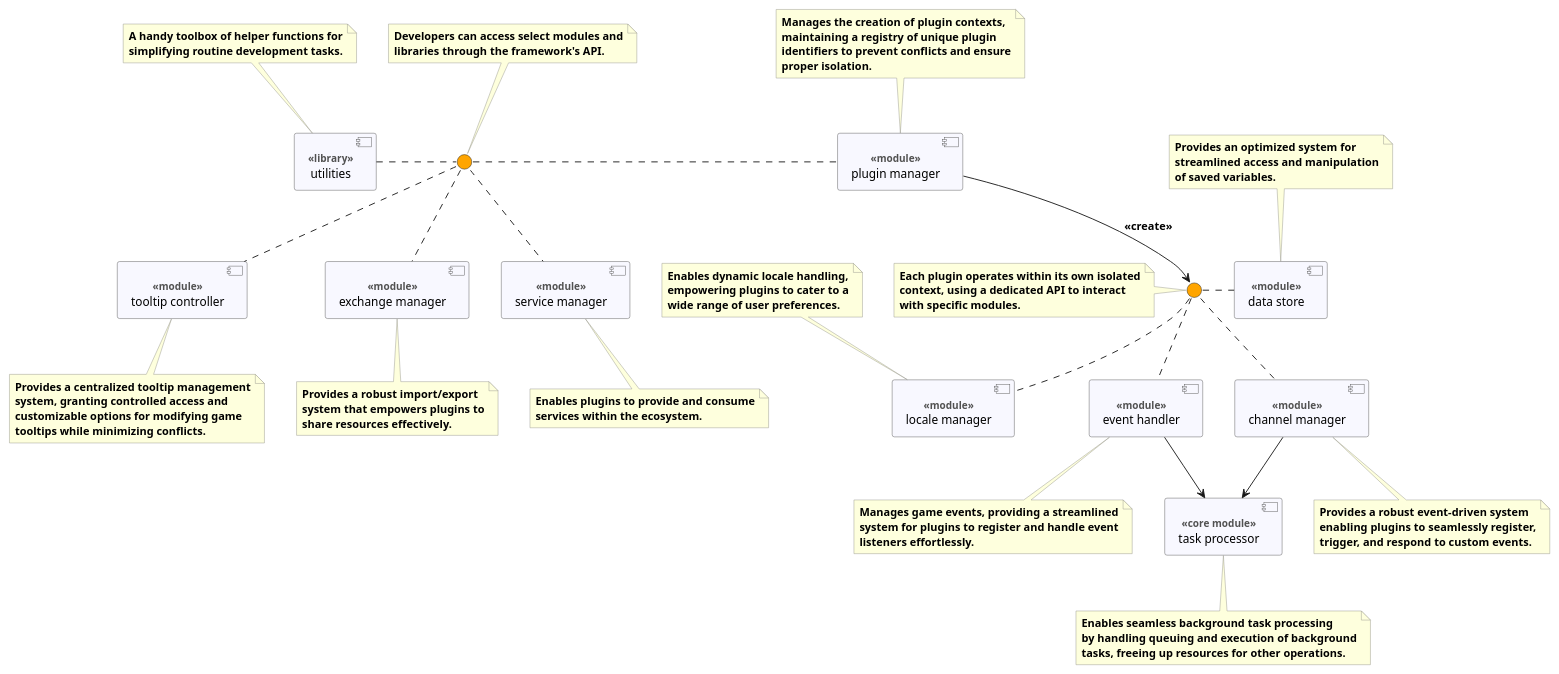
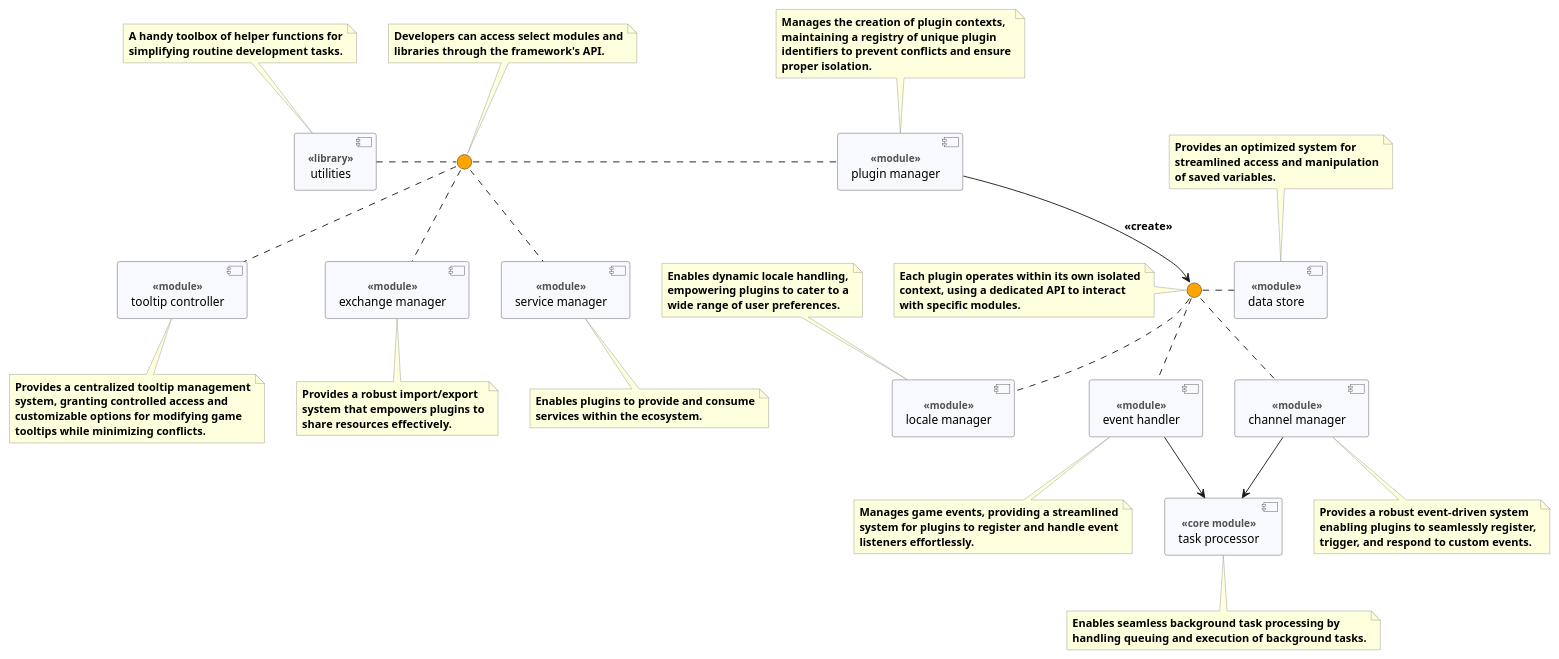
One commit to erik-riklund/wow changed the diagram in Cogspinner/_dev/versions/1.0/structure.puml. Above: the diagram before and after it, drawn with PlantUML. The commit also changed 26 other files, not shown here.

```diff
--- a/Cogspinner/_dev/versions/1.0/structure.puml
+++ b/Cogspinner/_dev/versions/1.0/structure.puml
@@ -1,140 +1,139 @@
 @startuml Cogspinner
 
 skinparam ComponentBackgroundColor GhostWhite
 skinparam ComponentBorderColor #565656
 skinparam ComponentFontStyle normal
 skinparam ComponentFontSize 13pt
 skinparam ComponentStereotypeFontSize 11pt
 skinparam ComponentStereotypeFontStyle bold
 skinparam ComponentStereotypeFontColor #515151
 skinparam InterfaceBackgroundColor Orange
 skinparam NoteFontStyle bold
 skinparam NoteFontSize 12pt
 skinparam NoteFontColor black
 skinparam NoteBackgroundColor #FEFFDD
 skinparam NoteBorderColor #96968D
 skinparam ArrowFontSize 12pt
 skinparam ArrowFontStyle bold
 
 [channel manager] as channel <<module>>
 [data store] as data <<module>>
 [event handler] as event <<module>>
 [exchange manager] as exchange <<module>>
 [locale manager] as locale <<module>>
 [plugin manager] as plugin <<module>>
 [service manager] as service <<module>>
 [task processor] as task <<core module>>
 [tooltip controller] as tooltip <<module>>
 [utilities] <<library>>
 
 () " " as API
 () " " as pluginAPI
 
 ' NOTES:
 
 note as API_note
 Developers can access select modules and
 libraries through the framework's API.
 end note
 
 note as pluginAPI_note
 Each plugin operates within its own isolated
 context, using a dedicated API to interact
 with specific modules.
 end note
 
 note as utilities_note
 A handy toolbox of helper functions for
 simplifying routine development tasks.
 end note
 
 note as plugin_note
 Manages the creation of plugin contexts,
 maintaining a registry of unique plugin
 identifiers to prevent conflicts and ensure
 proper isolation.
 end note
 
 note as exchange_note
 Provides a robust import/export
 system that empowers plugins to
 share resources effectively.
 end note
 
 note as data_note
 Provides an optimized system for
 streamlined access and manipulation
 of saved variables.
 end note
 
 note as locale_note
 Enables dynamic locale handling,
 empowering plugins to cater to a
 wide range of user preferences.
 end note
 
 note as channel_note
 Provides a robust event-driven system
 enabling plugins to seamlessly register,
 trigger, and respond to custom events.
 end note
 
 note as task_note
-Enables seamless background task processing
-by handling queuing and execution of background
-tasks, freeing up resources for other operations.
+Enables seamless background task processing by
+handling queuing and execution of background tasks.
 end note
 
 note as event_note
 Manages game events, providing a streamlined
 system for plugins to register and handle event
 listeners effortlessly.
 end note
 
 note as service_note
 Enables plugins to provide and consume
 services within the ecosystem.
 end note
 
 note as tooltip_note
 Provides a centralized tooltip management
 system, granting controlled access and
 customizable options for modifying game
 tooltips while minimizing conflicts.
 end note
 
 ' note bindings:
 
 API .up. API_note
 channel .. channel_note
 data .up. data_note
 event .. event_note
 exchange .. exchange_note
 locale .up. locale_note
 pluginAPI .left. pluginAPI_note
 plugin .up. plugin_note
 service .. service_note
 task .. task_note
 tooltip .. tooltip_note
 utilities .up. utilities_note
 
 ' END NOTES.
 
 ' module relationships
 channel --> task
 event --> task
 
 ' ' API relationships
 API .. exchange
 API . plugin
 API .. service
 API .. tooltip
 API .left. utilities
 plugin --> pluginAPI : <<create>>
 
 ' plugin API relationships
 pluginAPI .. channel
 pluginAPI .right. data
 pluginAPI .. event
 pluginAPI .. locale
 @enduml
```
